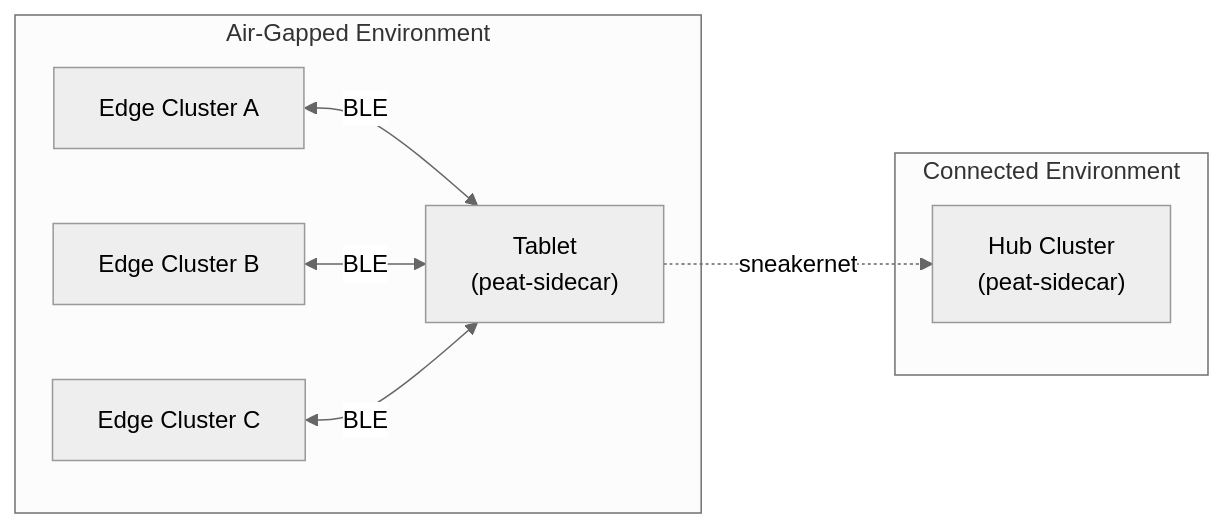
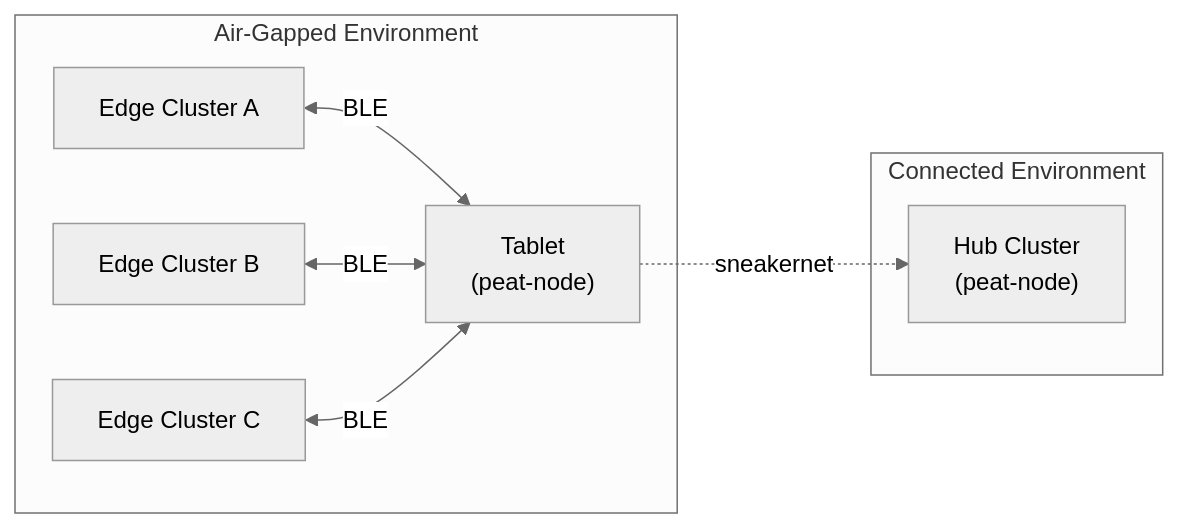
Before and after one commit to defenseunicorns/peat-node: the third of 4 diagrams in docs/DESIGN.md, drawn with Mermaid (neutral theme). The commit also changed other lines of this file and 38 other files, not shown here.

First line of the commit message:
refactor: rename peat-sidecar to peat-node

````diff
--- a/docs/DESIGN.md
+++ b/docs/DESIGN.md
@@ -153,16 +153,16 @@
 ```mermaid
 graph LR
     subgraph airgap["Air-Gapped Environment"]
         a["Edge Cluster A"]
         b["Edge Cluster B"]
         c["Edge Cluster C"]
-        tablet["Tablet<br/>(peat-sidecar)"]
+        tablet["Tablet<br/>(peat-node)"]
         a <-- "BLE" --> tablet
         b <-- "BLE" --> tablet
         c <-- "BLE" --> tablet
     end
     tablet -. "sneakernet" .-> hubsidecar
     subgraph connected["Connected Environment"]
-        hubsidecar["Hub Cluster<br/>(peat-sidecar)"]
+        hubsidecar["Hub Cluster<br/>(peat-node)"]
     end
 ```
````
